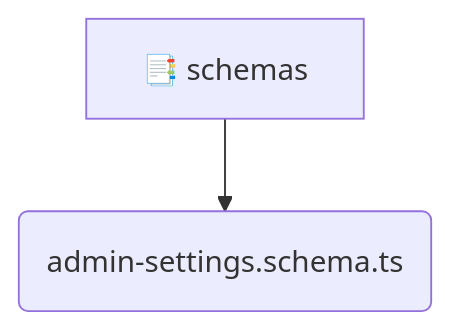
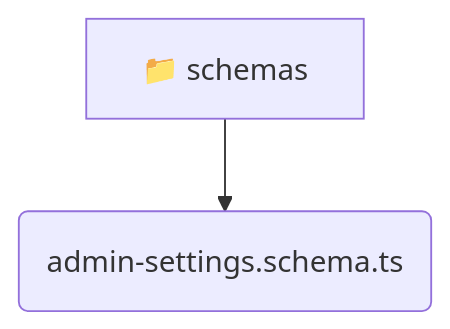
One commit to beginwebdev2002/fullstack-mavluda changed the diagram in backend/src/modules/admin-settings/infrastructure/schemas/README.md. Above: the diagram before and after it, drawn with Mermaid. The commit also changed other lines of this file and 155 other files, not shown here.

````diff
--- a/backend/src/modules/admin-settings/infrastructure/schemas/README.md
+++ b/backend/src/modules/admin-settings/infrastructure/schemas/README.md
@@ -9,5 +9,5 @@
 ```mermaid
 graph TD
-  schemas[📑 schemas]
-  schemas --> admin_settings_schema_ts(admin-settings.schema.ts)
+  schemas[📁 schemas]
+  schemas --> schemas_admin_settings_schema_ts(admin-settings.schema.ts)
 ```
````
